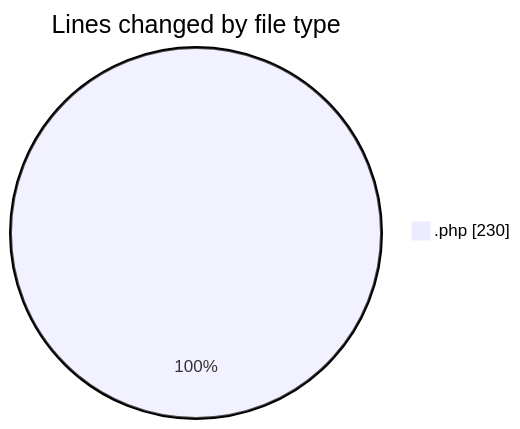
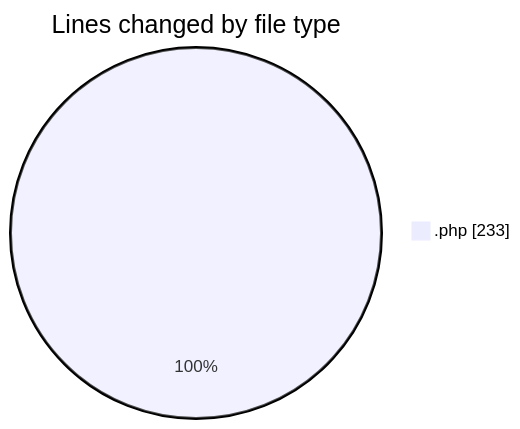
The first of 2 diagrams in 2026-08-31/web/README.md (LanceThiago/code-tracking), drawn with Mermaid before and after one commit. The commit also changed other lines of this file and 1 other file, not shown here.

````diff
--- a/2026-08-31/web/README.md
+++ b/2026-08-31/web/README.md
@@ -22,5 +22,5 @@
 ```mermaid
 pie showData
 title Lines changed by file type
-".php" : 230
+".php" : 233
 ```
````
